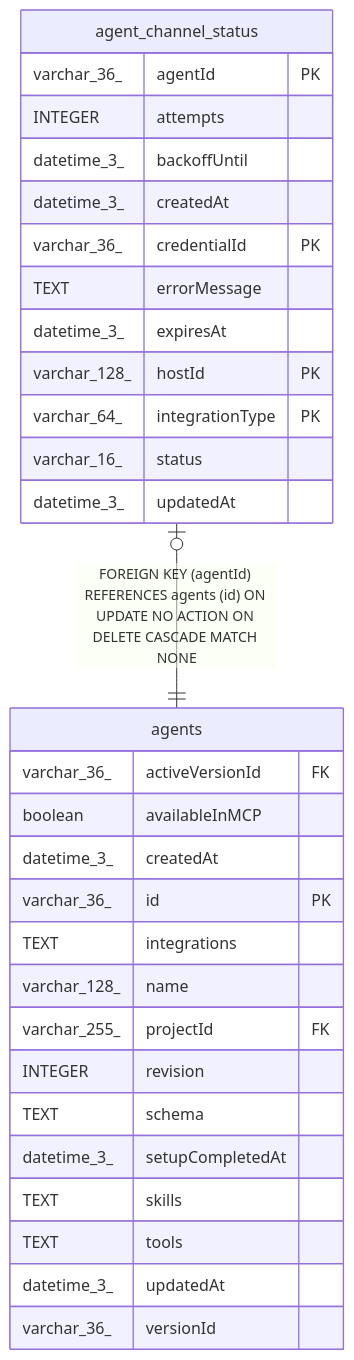
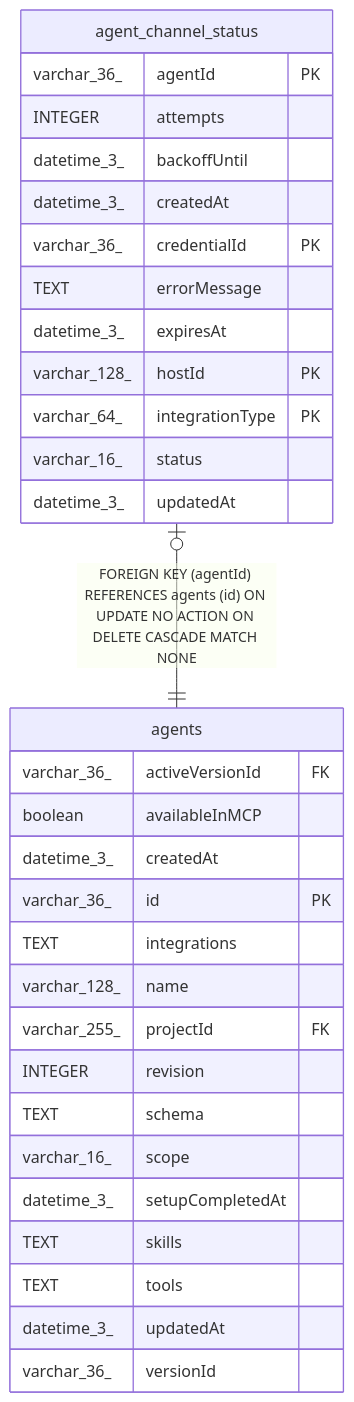
The diagram in docs/generated/sqlite-schema/agent_channel_status.md (sreent/n8n), drawn with Mermaid before and after one commit. The commit also changed 7993 other files, not shown here.

````diff
--- a/docs/generated/sqlite-schema/agent_channel_status.md
+++ b/docs/generated/sqlite-schema/agent_channel_status.md
@@ -52,35 +52,36 @@
 ```mermaid
 erDiagram
 
 "agent_channel_status" |o--|| "agents" : "FOREIGN KEY (agentId) REFERENCES agents (id) ON UPDATE NO ACTION ON DELETE CASCADE MATCH NONE"
 
 "agent_channel_status" {
   varchar_36_ agentId PK
   INTEGER attempts
   datetime_3_ backoffUntil
   datetime_3_ createdAt
   varchar_36_ credentialId PK
   TEXT errorMessage
   datetime_3_ expiresAt
   varchar_128_ hostId PK
   varchar_64_ integrationType PK
   varchar_16_ status
   datetime_3_ updatedAt
 }
 "agents" {
   varchar_36_ activeVersionId FK
   boolean availableInMCP
   datetime_3_ createdAt
   varchar_36_ id PK
   TEXT integrations
   varchar_128_ name
   varchar_255_ projectId FK
   INTEGER revision
   TEXT schema
+  varchar_16_ scope
   datetime_3_ setupCompletedAt
   TEXT skills
   TEXT tools
   datetime_3_ updatedAt
   varchar_36_ versionId
 }
 ```
````
